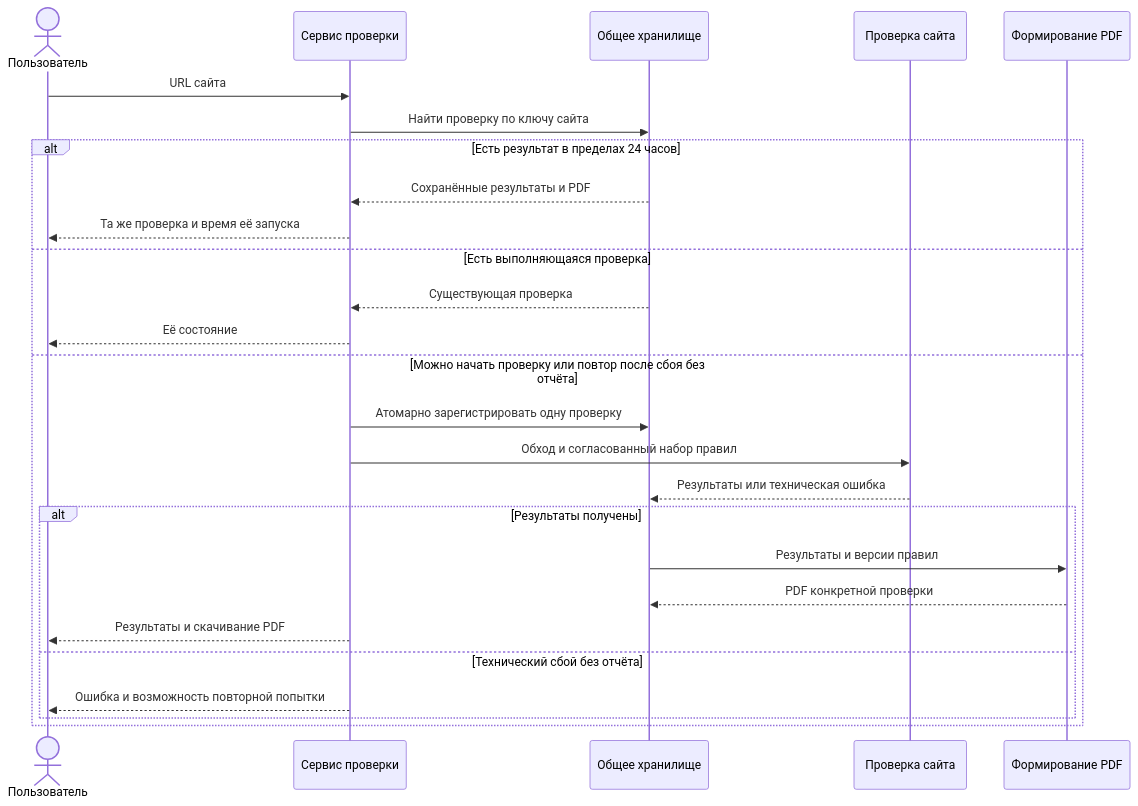
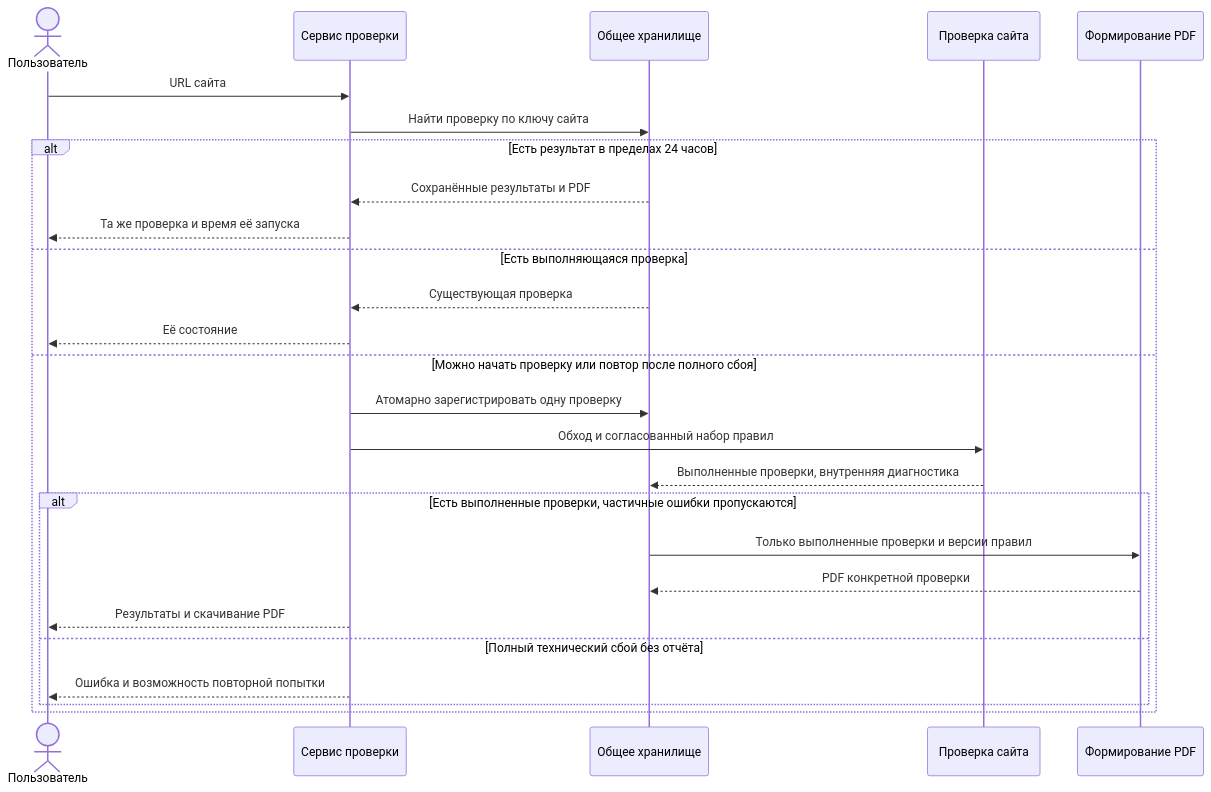
The diagram in docs/features/site-audit/requirements.md (BraykoIvan/fz), drawn with Mermaid before and after one commit. The commit also changed other lines of this file and 2 other files, not shown here.

````diff
--- a/docs/features/site-audit/requirements.md
+++ b/docs/features/site-audit/requirements.md
@@ -58,28 +61,28 @@
 ```mermaid
 sequenceDiagram
     actor User as Пользователь
     participant Service as Сервис проверки
     participant Store as Общее хранилище
     participant Scan as Проверка сайта
     participant PDF as Формирование PDF
     User->>Service: URL сайта
     Service->>Store: Найти проверку по ключу сайта
     alt Есть результат в пределах 24 часов
         Store-->>Service: Сохранённые результаты и PDF
         Service-->>User: Та же проверка и время её запуска
     else Есть выполняющаяся проверка
         Store-->>Service: Существующая проверка
         Service-->>User: Её состояние
-    else Можно начать проверку или повтор после сбоя без отчёта
+    else Можно начать проверку или повтор после полного сбоя
         Service->>Store: Атомарно зарегистрировать одну проверку
         Service->>Scan: Обход и согласованный набор правил
-        Scan-->>Store: Результаты или техническая ошибка
-        alt Результаты получены
-            Store->>PDF: Результаты и версии правил
+        Scan-->>Store: Выполненные проверки, внутренняя диагностика
+        alt Есть выполненные проверки, частичные ошибки пропускаются
+            Store->>PDF: Только выполненные проверки и версии правил
             PDF-->>Store: PDF конкретной проверки
             Service-->>User: Результаты и скачивание PDF
-        else Технический сбой без отчёта
+        else Полный технический сбой без отчёта
             Service-->>User: Ошибка и возможность повторной попытки
         end
     end
 ```
````
